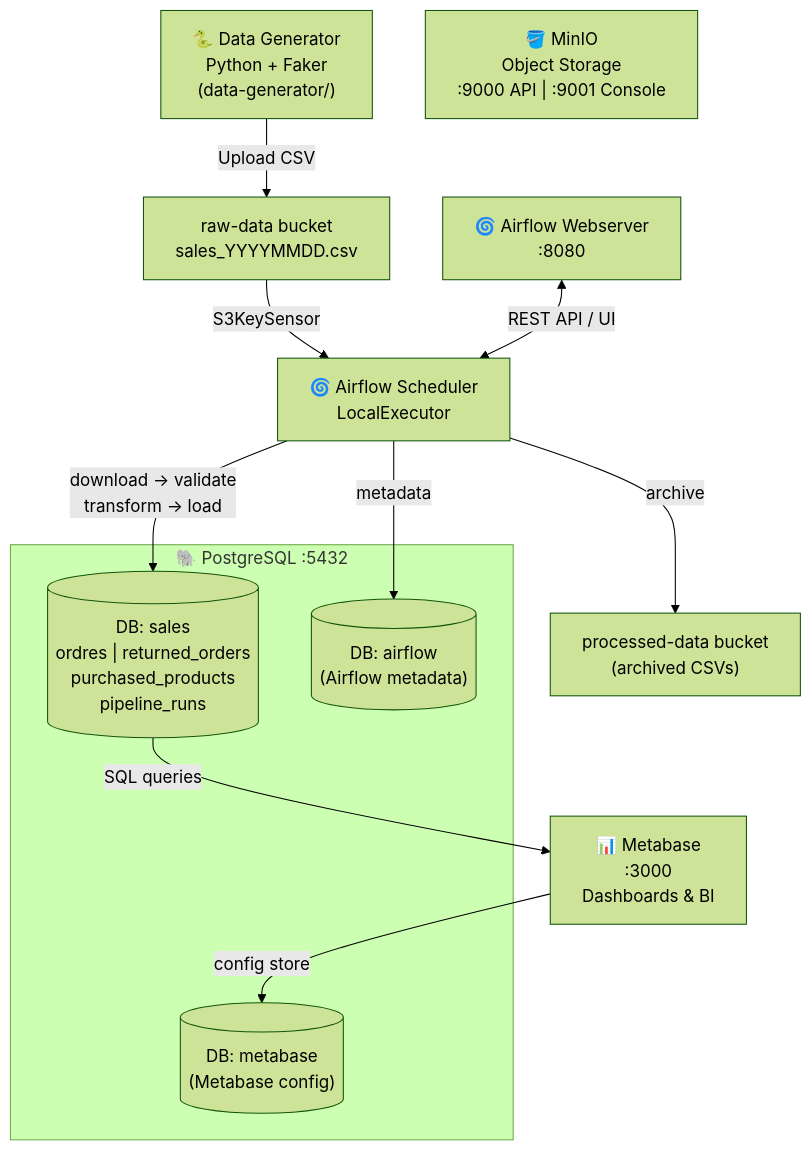
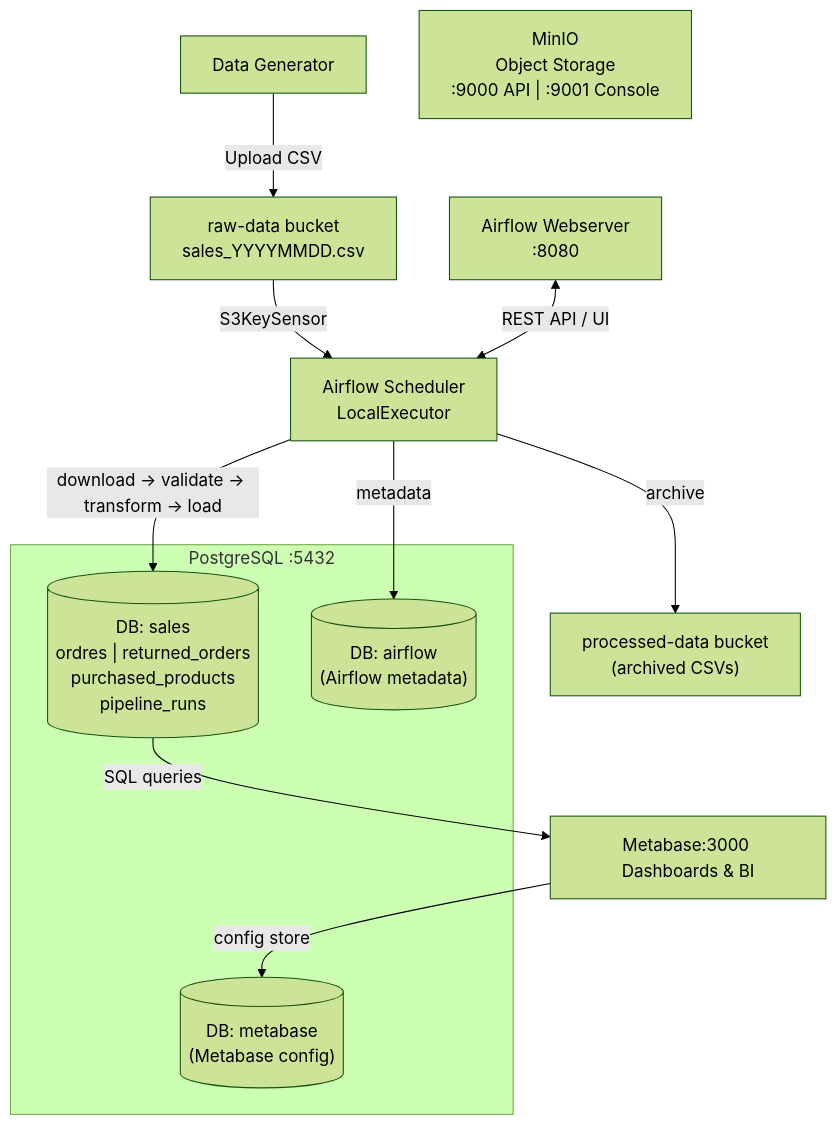
Before and after one commit to DE-E-K/DEM12: the first of 3 diagrams in docs/architecture.md, drawn with Mermaid (forest theme). The commit also changed other lines of this file and 16 other files, not shown here.

First line of the commit message:
feat: Update configuration and workflows for data generator and CI/CD processes

````diff
--- a/docs/architecture.md
+++ b/docs/architecture.md
@@ -5,26 +5,26 @@
 ```mermaid
 flowchart TD
-    GEN["🐍 Data Generator\nPython + Faker\n(data-generator/)"]
-    MINIO["🪣 MinIO\nObject Storage\n:9000 API | :9001 Console"]
+    GEN["Data Generator"]
+    MINIO["MinIO\nObject Storage\n:9000 API | :9001 Console"]
     RAW["raw-data bucket\nsales_YYYYMMDD.csv"]
-    AF_WEB["🌀 Airflow Webserver\n:8080"]
-    AF_SCH["🌀 Airflow Scheduler\nLocalExecutor"]
+    AF_WEB["Airflow Webserver\n:8080"]
+    AF_SCH["Airflow Scheduler\nLocalExecutor"]
     PROC["processed-data bucket\n(archived CSVs)"]
 
-    subgraph PG ["🐘 PostgreSQL :5432"]
+    subgraph PG ["PostgreSQL :5432"]
         DB_SALES[("DB: sales\nordres | returned_orders\npurchased_products\npipeline_runs")]
         DB_AF[("DB: airflow\n(Airflow metadata)")]
         DB_MB[("DB: metabase\n(Metabase config)")]
     end
 
-    MB["📊 Metabase\n:3000\nDashboards & BI"]
+    MB["Metabase:3000 Dashboards & BI"]
 
     GEN -->|"Upload CSV"| RAW
     RAW -->|"S3KeySensor"| AF_SCH
     AF_WEB <-->|"REST API / UI"| AF_SCH
-    AF_SCH -->|"download → validate\ntransform → load"| DB_SALES
+    AF_SCH -->|"download → validate → transform → load"| DB_SALES
     AF_SCH -->|"archive"| PROC
     AF_SCH -->|"metadata"| DB_AF
     DB_SALES -->|"SQL queries"| MB
     MB -->|"config store"| DB_MB
 ```
````
